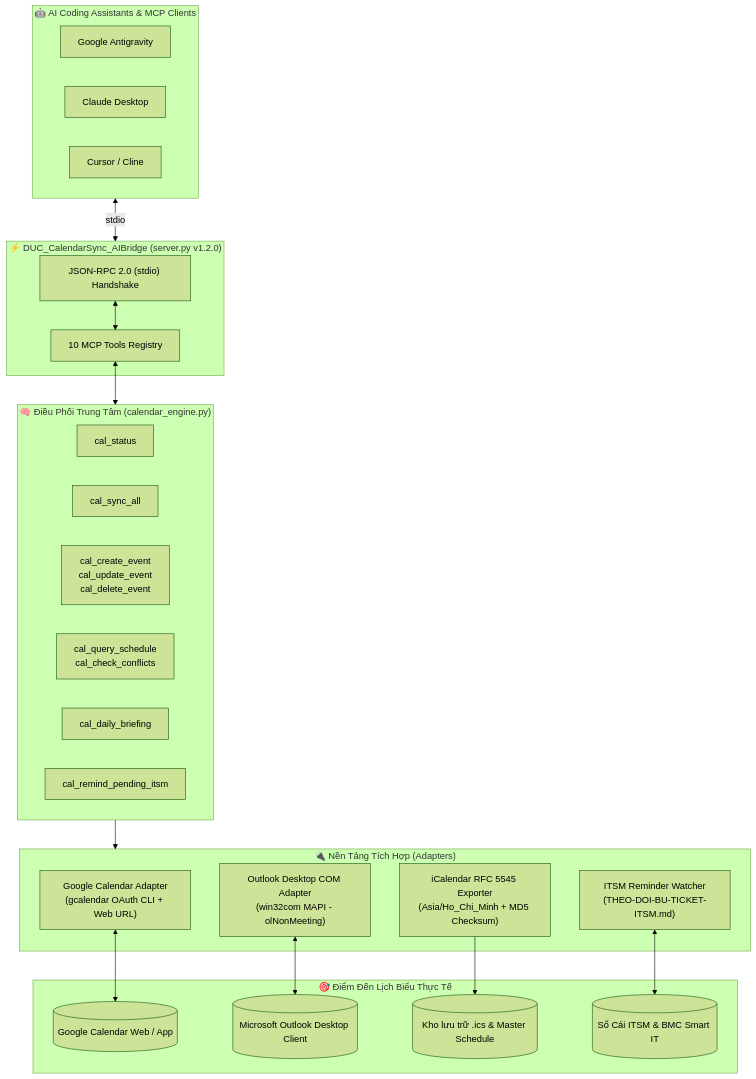
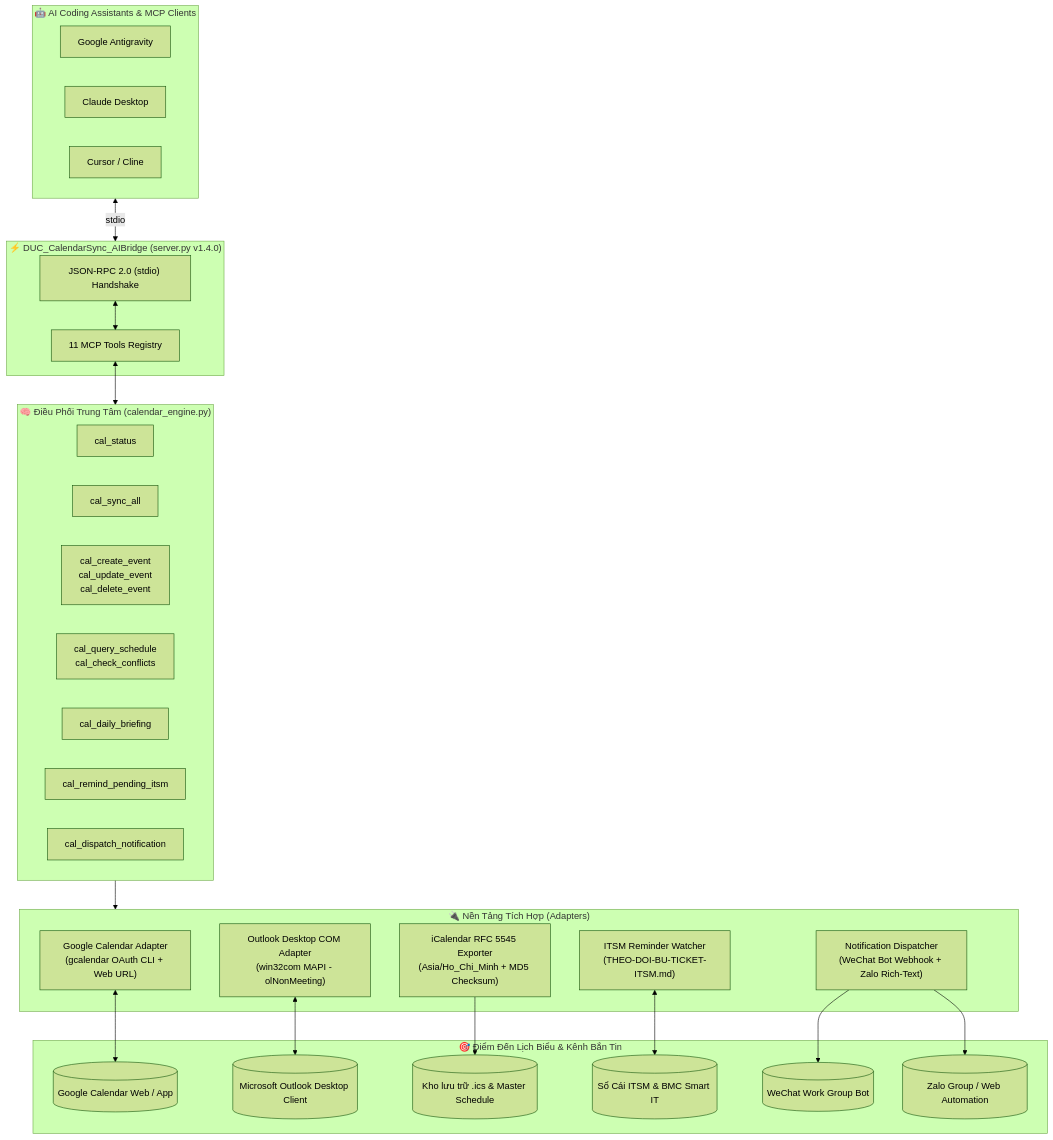
The diagram in README.md (DucWorker97/DUC_CalendarSync_AIBridge), drawn with Mermaid (forest theme) before and after one commit. The commit also changed other lines of this file and 5 other files, not shown here.

Commit message:
feat(notifications): add multi-channel instant notification dispatcher (WeChat & Zalo) v1.4.0

````diff
--- a/README.md
+++ b/README.md
@@ -29,45 +31,51 @@
 ```mermaid
 flowchart TD
     subgraph Clients["🤖 AI Coding Assistants & MCP Clients"]
         AGY["Google Antigravity"]
         CLAUDE["Claude Desktop"]
         CURSOR["Cursor / Cline"]
     end
 
-    subgraph MCPServer["⚡ DUC_CalendarSync_AIBridge (server.py v1.2.0)"]
+    subgraph MCPServer["⚡ DUC_CalendarSync_AIBridge (server.py v1.4.0)"]
         STDIO["JSON-RPC 2.0 (stdio) Handshake"]
-        TOOLS["10 MCP Tools Registry"]
+        TOOLS["11 MCP Tools Registry"]
         STDIO <--> TOOLS
     end
 
     subgraph CoreEngine["🧠 Điều Phối Trung Tâm (calendar_engine.py)"]
         STATUS["cal_status"]
         SYNC["cal_sync_all"]
         CRUD["cal_create_event\ncal_update_event\ncal_delete_event"]
         QUERY["cal_query_schedule\ncal_check_conflicts"]
         BRIEF["cal_daily_briefing"]
         REMIND["cal_remind_pending_itsm"]
+        DISPATCH["cal_dispatch_notification"]
     end
 
     subgraph Adapters["🔌 Nền Tảng Tích Hợp (Adapters)"]
         GCAL["Google Calendar Adapter\n(gcalendar OAuth CLI + Web URL)"]
         OL["Outlook Desktop COM Adapter\n(win32com MAPI - olNonMeeting)"]
         ICS["iCalendar RFC 5545 Exporter\n(Asia/Ho_Chi_Minh + MD5 Checksum)"]
         ITSM["ITSM Reminder Watcher\n(THEO-DOI-BU-TICKET-ITSM.md)"]
+        NOTIF["Notification Dispatcher\n(WeChat Bot Webhook + Zalo Rich-Text)"]
     end
 
-    subgraph Destinations["🎯 Điểm Đến Lịch Biểu Thực Tế"]
+    subgraph Destinations["🎯 Điểm Đến Lịch Biểu & Kênh Bắn Tin"]
         GCLOUD[("Google Calendar Web / App")]
         OUTLOOK_APP[("Microsoft Outlook Desktop Client")]
         ICS_FILES[("Kho lưu trữ .ics & Master Schedule")]
         LEDGER[("Sổ Cái ITSM & BMC Smart IT")]
+        WECHAT_DEST[("WeChat Work Group Bot")]
+        ZALO_DEST[("Zalo Group / Web Automation")]
     end
 
     Clients <-->|"stdio"| MCPServer
     TOOLS <--> CoreEngine
     CoreEngine --> Adapters
     GCAL <--> GCLOUD
     OL <--> OUTLOOK_APP
     ICS --> ICS_FILES
     ITSM <--> LEDGER
+    NOTIF --> WECHAT_DEST
+    NOTIF --> ZALO_DEST
 ```
````
